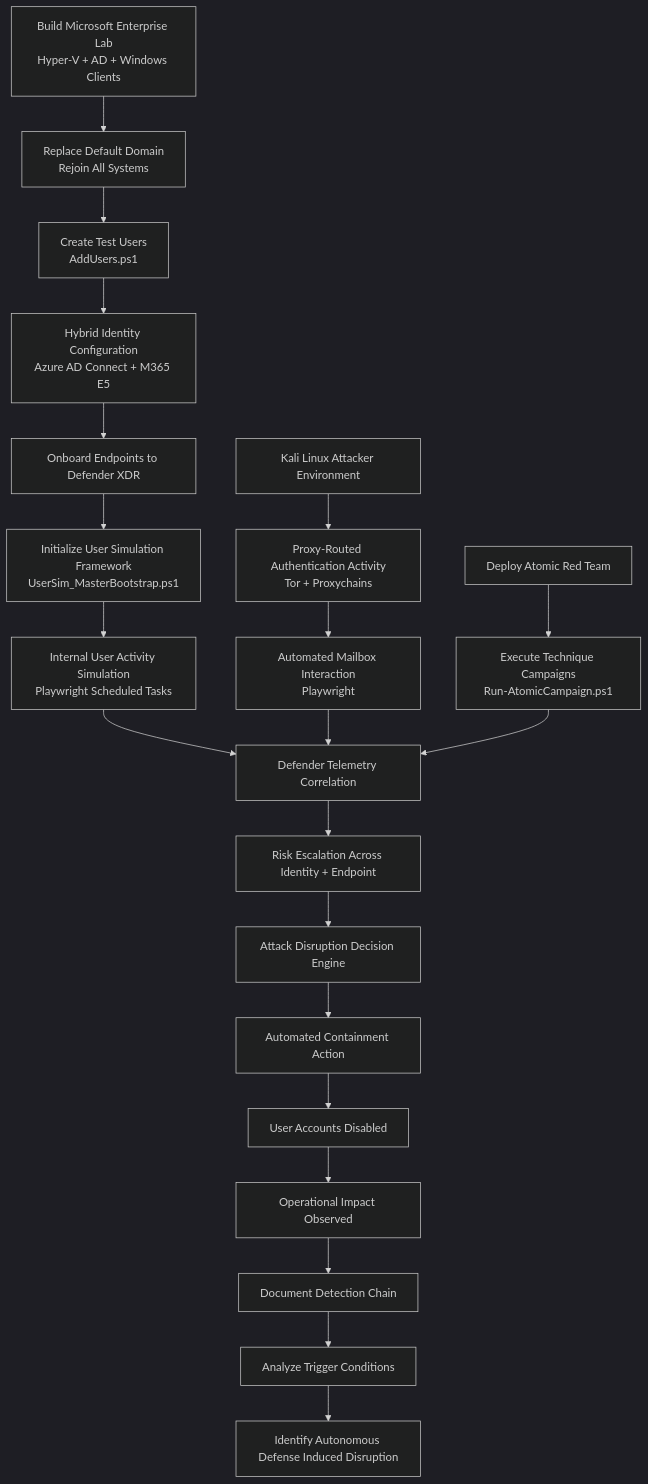
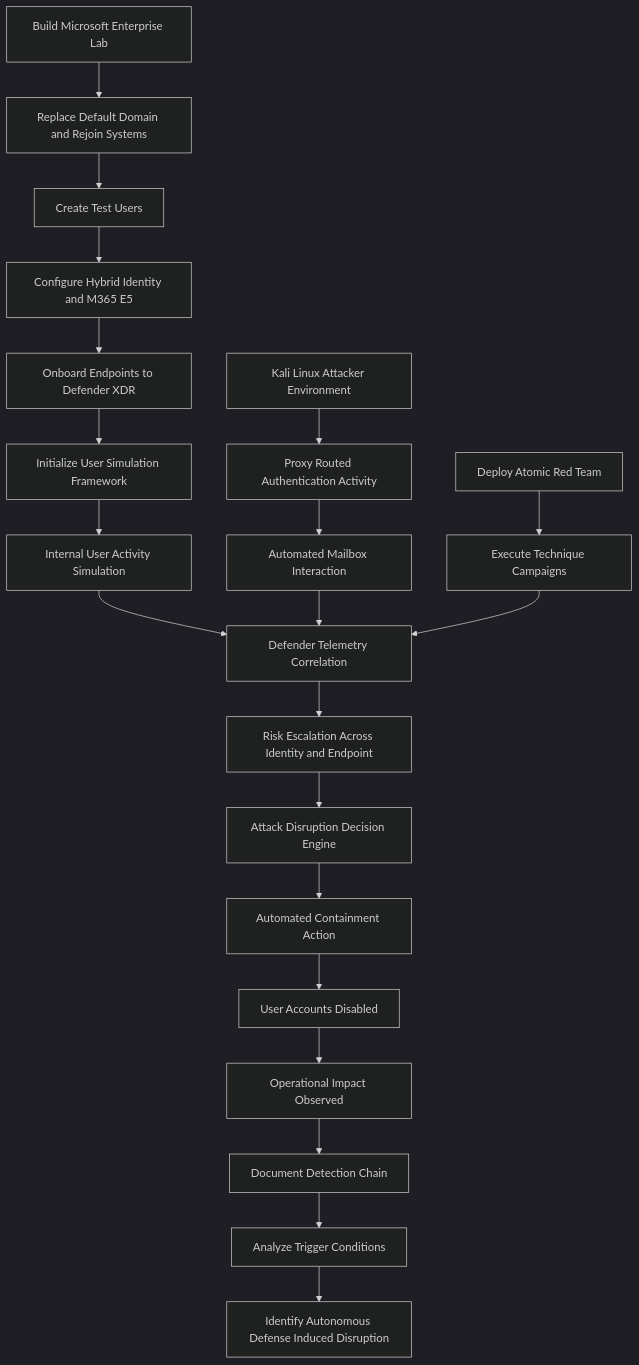
Before and after one commit to tk-nub/autonomous-defense-induced-disruption-lab: the second of 3 diagrams in README.md, drawn with Mermaid (dark theme). The commit also changed other lines of this file, not shown here.

````diff
--- a/README.md
+++ b/README.md
@@ -291,66 +171,41 @@
 ```mermaid
 flowchart TD
 
-    %% =====================================
-    %% ENVIRONMENT CONSTRUCTION
-    %% =====================================
-    A[Build Microsoft Enterprise Lab<br>Hyper-V + AD + Windows Clients]
-    B[Replace Default Domain<br>Rejoin All Systems]
-    C[Create Test Users<br>AddUsers.ps1]
-    D[Hybrid Identity Configuration<br>Azure AD Connect + M365 E5]
-    E[Onboard Endpoints to Defender XDR]
+A[Build Microsoft Enterprise Lab]
+B[Replace Default Domain and Rejoin Systems]
+C[Create Test Users]
+D[Configure Hybrid Identity and M365 E5]
+E[Onboard Endpoints to Defender XDR]
 
-    %% =====================================
-    %% BASELINE TELEMETRY GENERATION
-    %% =====================================
-    F[Initialize User Simulation Framework<br>UserSim_MasterBootstrap.ps1]
-    G[Internal User Activity Simulation<br>Playwright Scheduled Tasks]
+F[Initialize User Simulation Framework]
+G[Internal User Activity Simulation]
 
-    %% =====================================
-    %% EXTERNAL IDENTITY SIGNAL GENERATION
-    %% =====================================
-    H[Kali Linux Attacker Environment]
-    I[Proxy-Routed Authentication Activity<br>Tor + Proxychains]
-    J[Automated Mailbox Interaction<br>Playwright]
+H[Kali Linux Attacker Environment]
+I[Proxy Routed Authentication Activity]
+J[Automated Mailbox Interaction]
 
-    %% =====================================
-    %% ADVERSARIAL BEHAVIOR SIMULATION
-    %% =====================================
-    K[Deploy Atomic Red Team]
-    L[Execute Technique Campaigns<br>Run-AtomicCampaign.ps1]
+K[Deploy Atomic Red Team]
+L[Execute Technique Campaigns]
 
-    %% =====================================
-    %% DEFENSIVE RESPONSE
-    %% =====================================
-    M[Defender Telemetry Correlation]
-    N[Risk Escalation Across Identity + Endpoint]
-    O[Attack Disruption Decision Engine]
-    P[Automated Containment Action]
+M[Defender Telemetry Correlation]
+N[Risk Escalation Across Identity and Endpoint]
+O[Attack Disruption Decision Engine]
+P[Automated Containment Action]
 
-    %% =====================================
-    %% EXPERIMENTAL OBSERVATION
-    %% =====================================
-    Q[User Accounts Disabled]
-    R[Operational Impact Observed]
+Q[User Accounts Disabled]
+R[Operational Impact Observed]
 
-    %% =====================================
-    %% ANALYSIS
-    %% =====================================
-    S[Document Detection Chain]
-    T[Analyze Trigger Conditions]
-    U[Identify Autonomous Defense Induced Disruption]
+S[Document Detection Chain]
+T[Analyze Trigger Conditions]
+U[Identify Autonomous Defense Induced Disruption]
 
-    %% =====================================
-    %% FLOW
-    %% =====================================
+A --> B --> C --> D --> E
+E --> F --> G
+G --> M
 
-    A --> B --> C --> D --> E
-    E --> F --> G
-    G --> M
+H --> I --> J --> M
+K --> L --> M
 
-    H --> I --> J --> M
-    K --> L --> M
-
-    M --> N --> O --> P --> Q --> R
-    R --> S --> T --> U
+M --> N --> O --> P --> Q --> R
+R --> S --> T --> U
 ```
````
